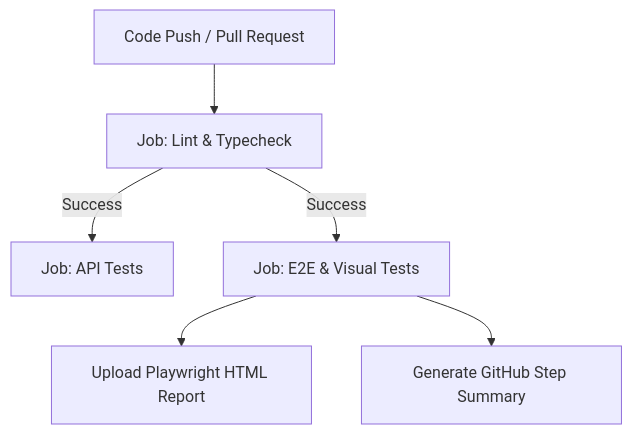
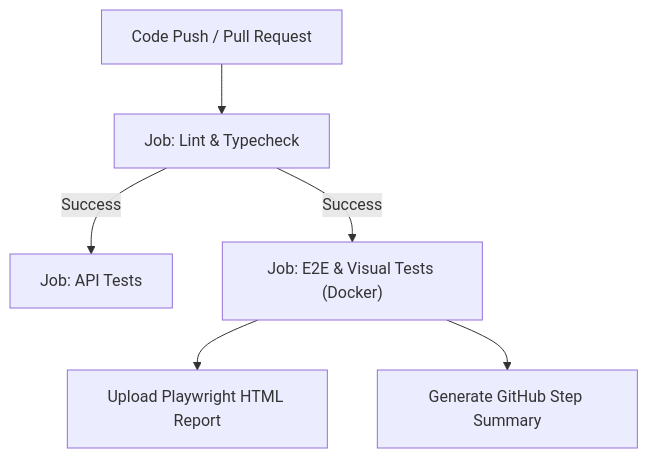
One commit to szendzij/playwright-sample-project changed the diagram in README.md. Above: the diagram before and after it, drawn with Mermaid. The commit also changed other lines of this file and 1 other file, not shown here.

Commit message:
ci: adopt official playwright docker container and rename workflow to playwright.yml

````diff
--- a/README.md
+++ b/README.md
@@ -226,8 +226,8 @@
 ```mermaid
 flowchart TD
     A[Code Push / Pull Request] --> B[Job: Lint & Typecheck]
     B -->|Success| C[Job: API Tests]
-    B -->|Success| D[Job: E2E & Visual Tests]
+    B -->|Success| D["Job: E2E & Visual Tests (Docker)"]
     D --> E[Upload Playwright HTML Report]
     D --> F[Generate GitHub Step Summary]
 ```
````
